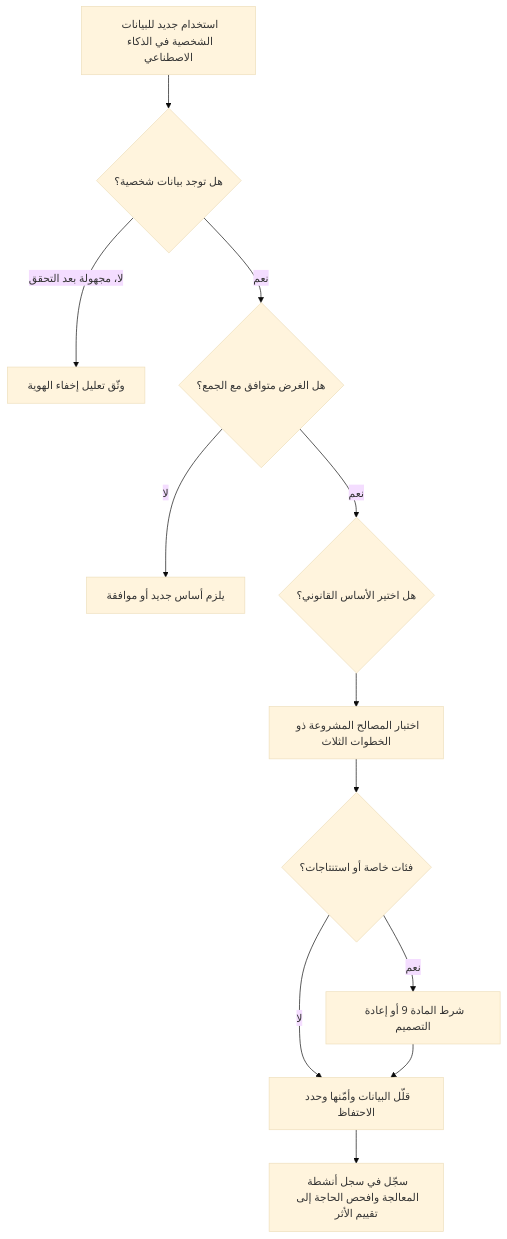
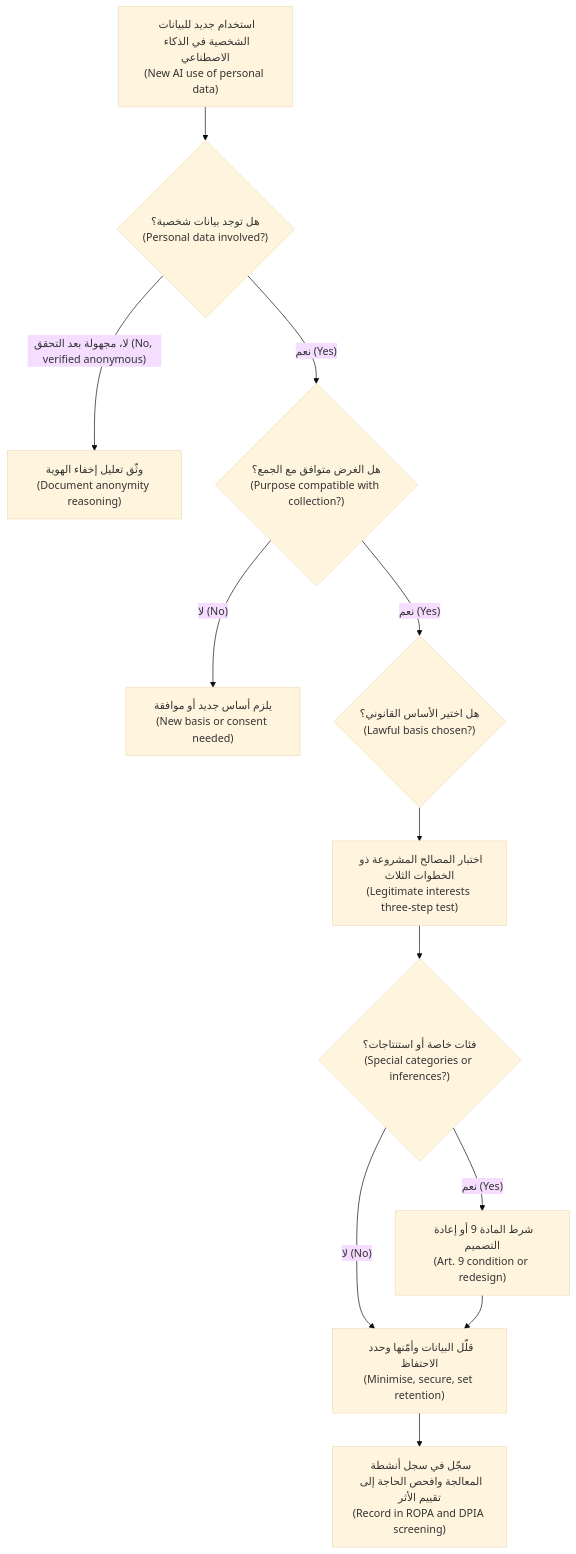
Before and after one commit to Tamoura/system-design-for-vibe-coders: the first of 2 diagrams in aigp/modules/04-privacy.ar.md, drawn with Mermaid (base theme). The commit also changed other lines of this file and 62 other files, not shown here.

First line of the commit message:
Arabic editions: English on every diagram label, RTL fixes, rebuild

````diff
--- a/aigp/modules/04-privacy.ar.md
+++ b/aigp/modules/04-privacy.ar.md
@@ -81,14 +81,14 @@
 ```mermaid
 flowchart TD
-    A[استخدام جديد للبيانات الشخصية في الذكاء الاصطناعي] --> B{هل توجد بيانات شخصية؟}
-    B -- لا، مجهولة بعد التحقق --> Z[وثّق تعليل إخفاء الهوية]
-    B -- نعم --> C{هل الغرض متوافق مع الجمع؟}
-    C -- لا --> D[يلزم أساس جديد أو موافقة]
-    C -- نعم --> E{هل اختير الأساس القانوني؟}
-    E --> F[اختبار المصالح المشروعة ذو الخطوات الثلاث]
-    F --> G{فئات خاصة أو استنتاجات؟}
-    G -- نعم --> H[شرط المادة 9 أو إعادة التصميم]
-    G -- لا --> I[قلّل البيانات وأمّنها وحدد الاحتفاظ]
+    A["استخدام جديد للبيانات الشخصية في الذكاء الاصطناعي<br/>(New AI use of personal data)"] --> B{"هل توجد بيانات شخصية؟<br/>(Personal data involved?)"}
+    B -- "لا، مجهولة بعد التحقق (No, verified anonymous)" --> Z["وثّق تعليل إخفاء الهوية<br/>(Document anonymity reasoning)"]
+    B -- "نعم (Yes)" --> C{"هل الغرض متوافق مع الجمع؟<br/>(Purpose compatible with collection?)"}
+    C -- "لا (No)" --> D["يلزم أساس جديد أو موافقة<br/>(New basis or consent needed)"]
+    C -- "نعم (Yes)" --> E{"هل اختير الأساس القانوني؟<br/>(Lawful basis chosen?)"}
+    E --> F["اختبار المصالح المشروعة ذو الخطوات الثلاث<br/>(Legitimate interests three-step test)"]
+    F --> G{"فئات خاصة أو استنتاجات؟<br/>(Special categories or inferences?)"}
+    G -- "نعم (Yes)" --> H["شرط المادة 9 أو إعادة التصميم<br/>(Art. 9 condition or redesign)"]
+    G -- "لا (No)" --> I["قلّل البيانات وأمّنها وحدد الاحتفاظ<br/>(Minimise, secure, set retention)"]
     H --> I
-    I --> J[سجّل في سجل أنشطة المعالجة وافحص الحاجة إلى تقييم الأثر]
+    I --> J["سجّل في سجل أنشطة المعالجة وافحص الحاجة إلى تقييم الأثر<br/>(Record in ROPA and DPIA screening)"]
 ```
````
